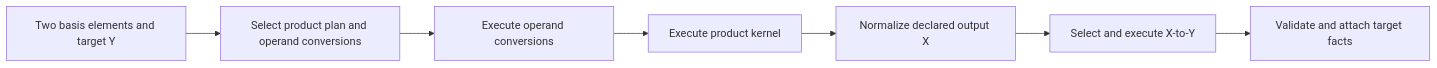
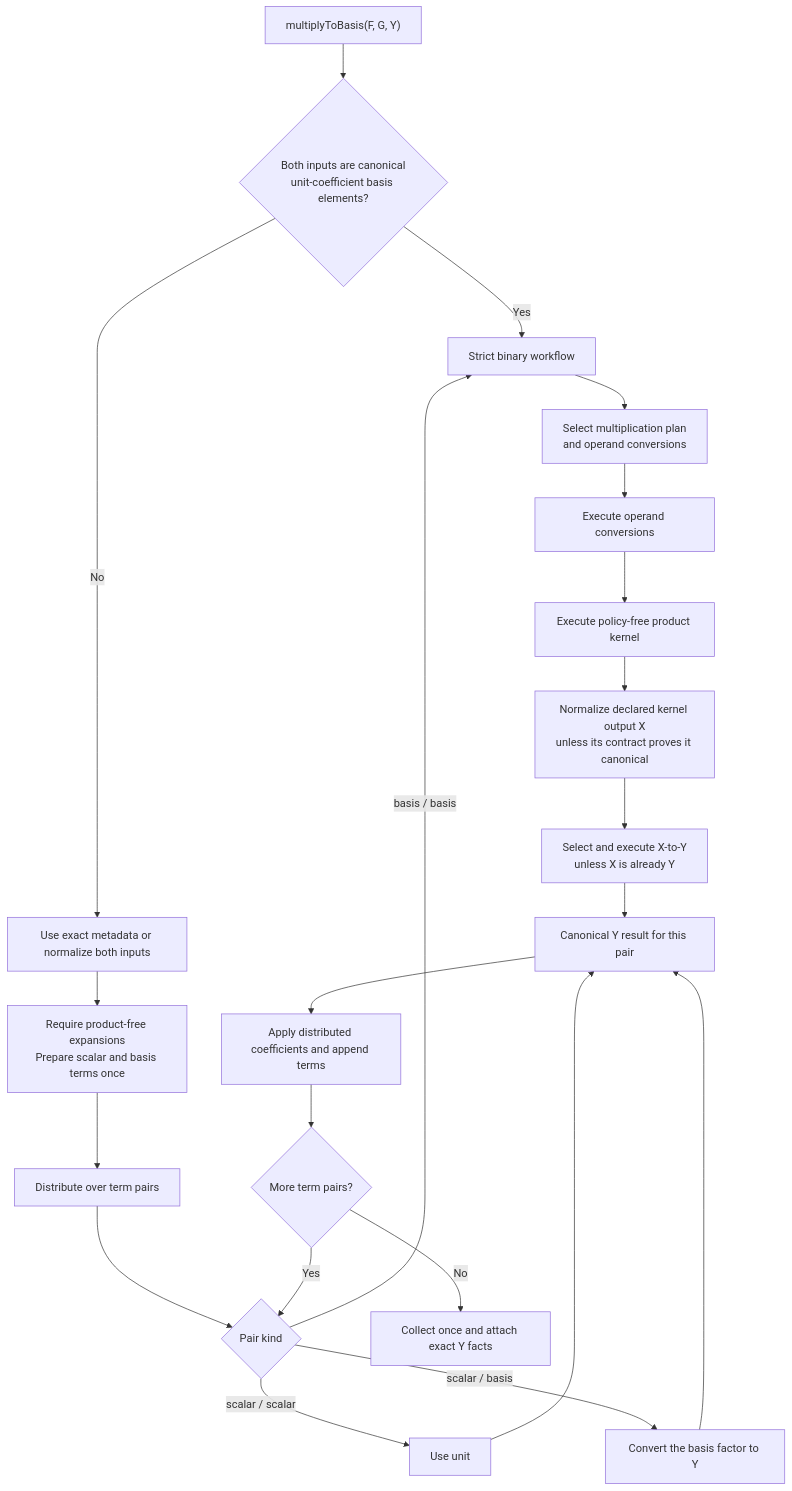
The third of 5 diagrams in M2/Macaulay2/e/symmetric-rings/README-pipelines.md (j-graf/M2), drawn with Mermaid before and after one commit. The commit also changed other lines of this file and 28 other files, not shown here.

````diff
--- a/M2/Macaulay2/e/symmetric-rings/README-pipelines.md
+++ b/M2/Macaulay2/e/symmetric-rings/README-pipelines.md
@@ -45,9 +122,27 @@
 ```mermaid
-flowchart LR
-    A["Two basis elements and target Y"] --> B["Select product plan and operand conversions"]
-    B --> C["Execute operand conversions"]
-    C --> D["Execute product kernel"]
-    D --> E["Normalize declared output X"]
-    E --> F["Select and execute X-to-Y"]
-    F --> G["Validate and attach target facts"]
+flowchart TD
+    A["multiplyToBasis(F, G, Y)"] --> B{"Both inputs are canonical<br/>unit-coefficient basis elements?"}
+    B -->|"Yes"| S["Strict binary workflow"]
+    B -->|"No"| C["Use exact metadata or normalize both inputs"]
+    C --> D["Require product-free expansions<br/>Prepare scalar and basis terms once"]
+    D --> E["Distribute over term pairs"]
+    E --> P{"Pair kind"}
+
+    P -->|"scalar / scalar"| U["Use unit"]
+    P -->|"scalar / basis"| V["Convert the basis factor to Y"]
+    P -->|"basis / basis"| S
+
+    S --> S1["Select multiplication plan<br/>and operand conversions"]
+    S1 --> S2["Execute operand conversions"]
+    S2 --> S3["Execute policy-free product kernel"]
+    S3 --> S4["Normalize declared kernel output X<br/>unless its contract proves it canonical"]
+    S4 --> S5["Select and execute X-to-Y<br/>unless X is already Y"]
+    S5 --> Q["Canonical Y result for this pair"]
+    U --> Q
+    V --> Q
+
+    Q --> T["Apply distributed coefficients and append terms"]
+    T --> W{"More term pairs?"}
+    W -->|"Yes"| P
+    W -->|"No"| R["Collect once and attach exact Y facts"]
 ```
````
